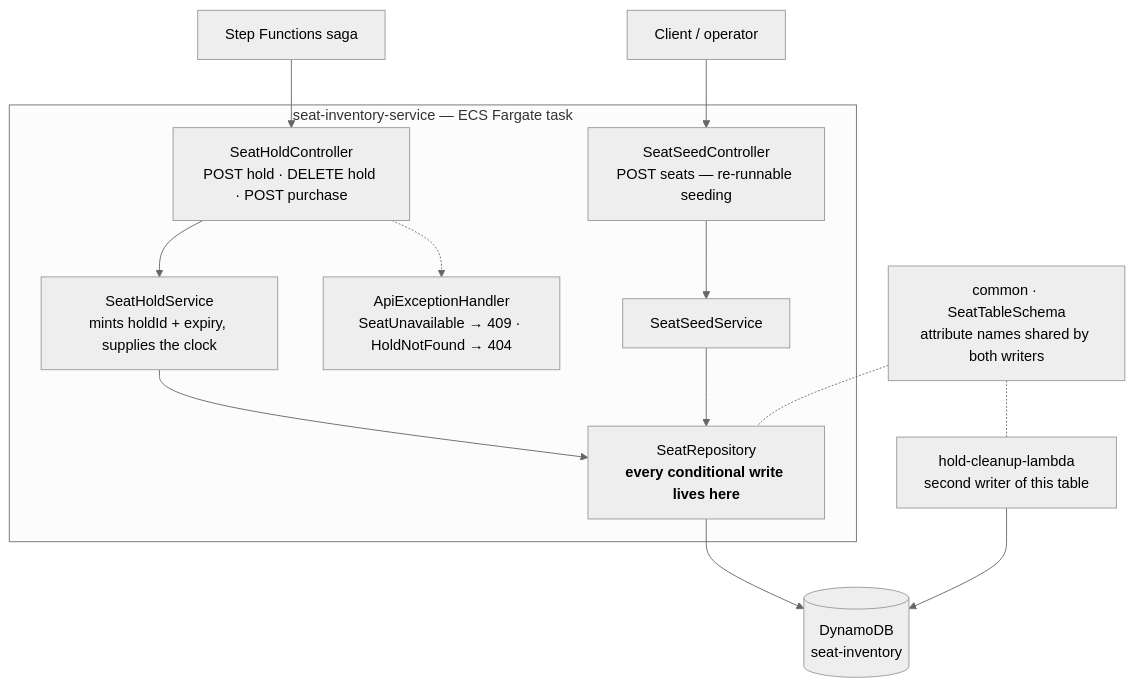
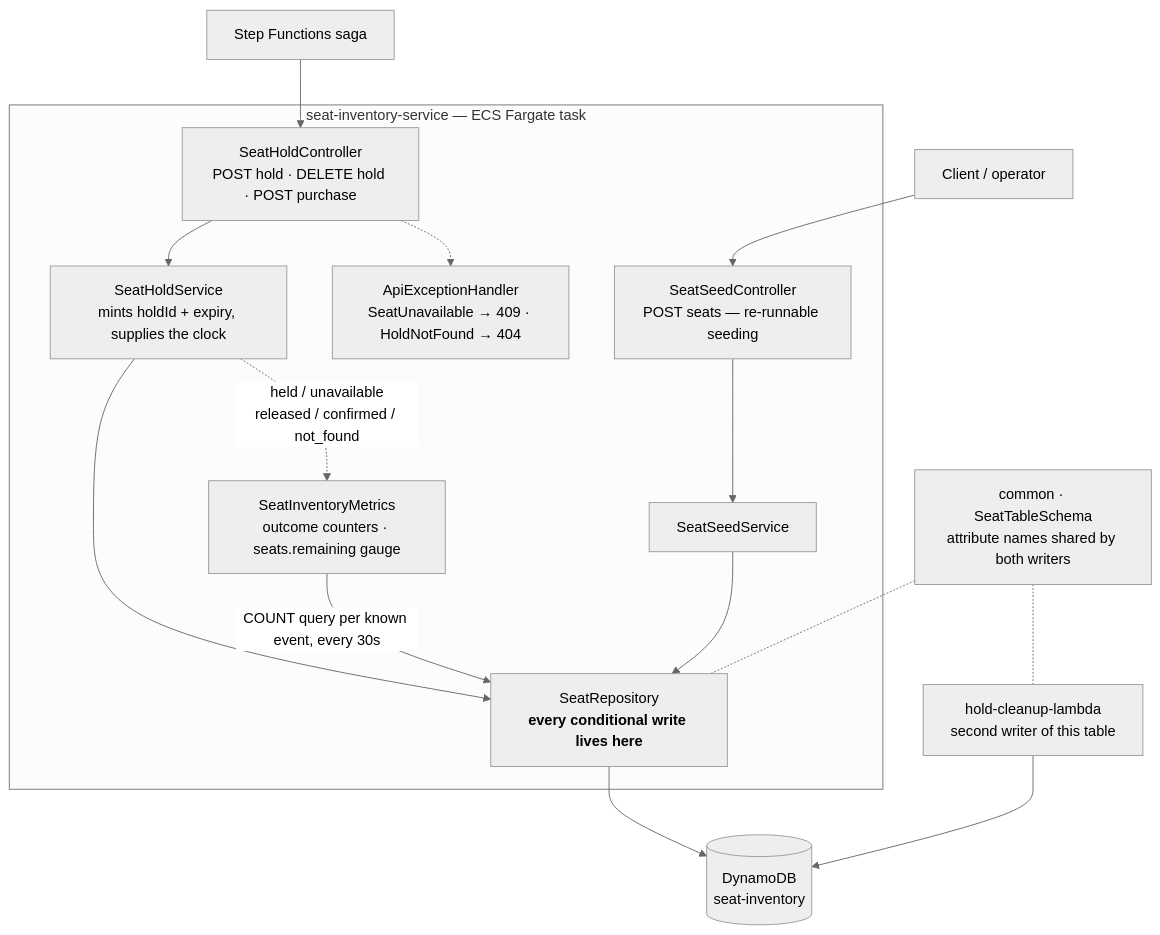
One commit to daliborjelicanin/ticket-waiting-room-aws changed the first of 4 diagrams in seat-inventory-service/ARCHITECTURE.md. Above: the diagram before and after it, drawn with Mermaid (neutral theme). The commit also changed other lines of this file and 67 other files, not shown here.

````diff
--- a/seat-inventory-service/ARCHITECTURE.md
+++ b/seat-inventory-service/ARCHITECTURE.md
@@ -12,27 +12,30 @@
 ```mermaid
 flowchart TB
     SFN["Step Functions saga"]
     Client["Client / operator"]
 
     subgraph svc["seat-inventory-service — ECS Fargate task"]
         SHC["SeatHoldController<br/>POST hold · DELETE hold · POST purchase"]
         SSC["SeatSeedController<br/>POST seats — re-runnable seeding"]
         SHS["SeatHoldService<br/>mints holdId + expiry, supplies the clock"]
         SSS["SeatSeedService"]
         SR["SeatRepository<br/><b>every conditional write lives here</b>"]
         EH["ApiExceptionHandler<br/>SeatUnavailable → 409 · HoldNotFound → 404"]
+        MET["SeatInventoryMetrics<br/>outcome counters · seats.remaining gauge"]
     end
 
     D[("DynamoDB<br/>seat-inventory")]
     HC["hold-cleanup-lambda<br/>second writer of this table"]
 
     SFN --> SHC
     Client --> SSC
     SHC --> SHS --> SR --> D
     SSC --> SSS --> SR
     SHC -.-> EH
+    SHS -.->|"held / unavailable<br/>released / confirmed / not_found"| MET
+    MET -->|"COUNT query per known event, every 30s"| SR
     HC --> D
 
     SCH["common · SeatTableSchema<br/>attribute names shared by both writers"] -.- SR
     SCH -.- HC
 ```
````
